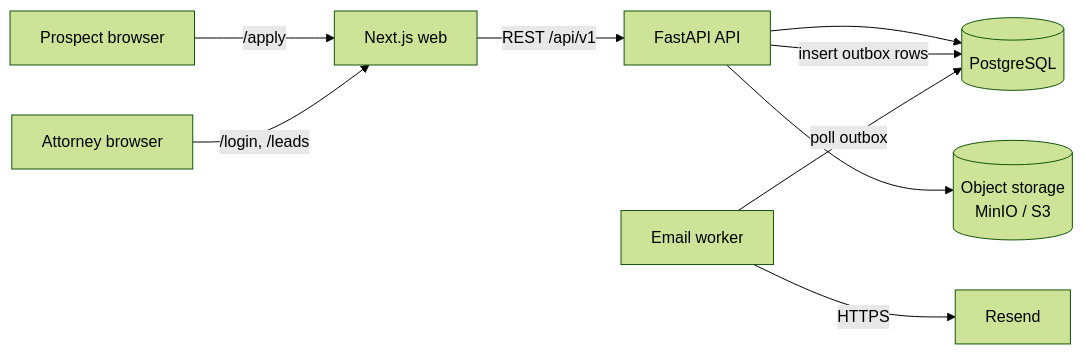
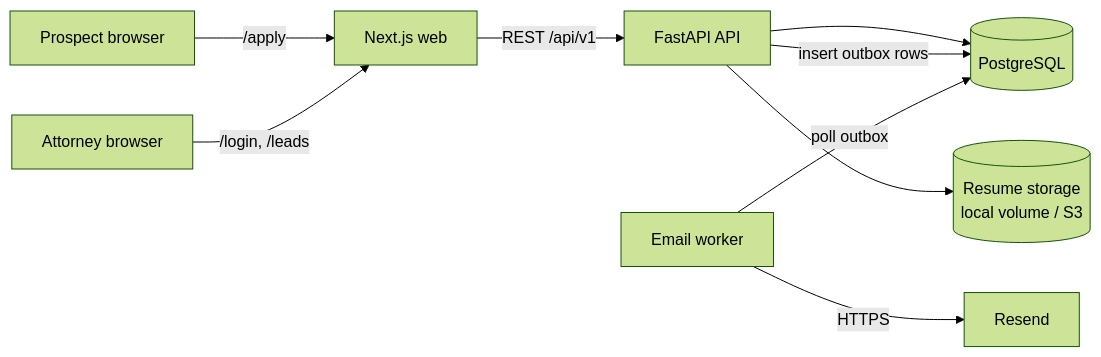
The first of 3 diagrams in docs/DESIGN.md (gilito345/alma-leads-app), drawn with Mermaid (forest theme) before and after one commit. The commit also changed other lines of this file and 12 other files, not shown here.

First line of the commit message:
Store resumes on a local volume in development instead of MinIO

````diff
--- a/docs/DESIGN.md
+++ b/docs/DESIGN.md
@@ -28,11 +28,11 @@
 ```mermaid
 flowchart LR
     P[Prospect browser] -->|/apply| WEB[Next.js web]
     A[Attorney browser] -->|/login, /leads| WEB
     WEB -->|REST /api/v1| API[FastAPI API]
     API --> DB[(PostgreSQL)]
-    API --> S3[(Object storage<br/>MinIO / S3)]
+    API --> S3[(Resume storage<br/>local volume / S3)]
     API -->|insert outbox rows| DB
     WORKER[Email worker] -->|poll outbox| DB
     WORKER -->|HTTPS| RESEND[Resend]
 ```
````
